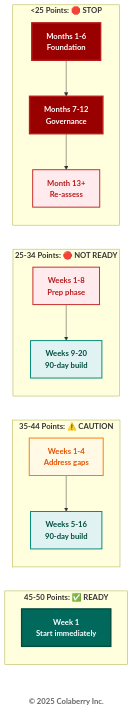
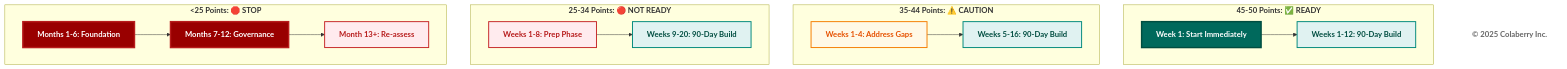
One commit to colaberry/enterprise-data-readiness-ai-agents changed the third of 18 diagrams in chapter-03/chapter_3_complete.md. Above: the diagram before and after it, drawn with Mermaid. The commit also changed other lines of this file, not shown here.

First line of the commit message:
diagrams restructured for visual and space efficiency

````diff
--- a/chapter-03/chapter_3_complete.md
+++ b/chapter-03/chapter_3_complete.md
@@ -654,41 +654,45 @@
 ```mermaid
-graph LR
-    subgraph "<b>45-50 Points: ✅ READY</b>"
-        R1["<b>Week 1</b><br/><b>Start immediately</b>"]
+graph TB
+    subgraph READY["<b>45-50 Points: ✅ READY</b>"]
+        R1["<b>Week 1: Start Immediately</b>"]
+        R2["<b>Weeks 1-12: 90-Day Build</b>"]
+        R1 --> R2
     end
     
-    subgraph "<b>35-44 Points: ⚠️ CAUTION</b>"
-        C1["<b>Weeks 1-4</b><br/><b>Address gaps</b>"]
-        C2["<b>Weeks 5-16</b><br/><b>90-day build</b>"]
+    subgraph CAUTION["<b>35-44 Points: ⚠️ CAUTION</b>"]
+        C1["<b>Weeks 1-4: Address Gaps</b>"]
+        C2["<b>Weeks 5-16: 90-Day Build</b>"]
         C1 --> C2
     end
     
-    subgraph "<b>25-34 Points: 🔴 NOT READY</b>"
-        N1["<b>Weeks 1-8</b><br/><b>Prep phase</b>"]
-        N2["<b>Weeks 9-20</b><br/><b>90-day build</b>"]
+    subgraph NOTREADY["<b>25-34 Points: 🔴 NOT READY</b>"]
+        N1["<b>Weeks 1-8: Prep Phase</b>"]
+        N2["<b>Weeks 9-20: 90-Day Build</b>"]
         N1 --> N2
     end
     
-    subgraph "<b><25 Points: 🛑 STOP</b>"
-        S1["<b>Months 1-6</b><br/><b>Foundation</b>"]
-        S2["<b>Months 7-12</b><br/><b>Governance</b>"]
-        S3["<b>Month 13+</b><br/><b>Re-assess</b>"]
-        S1 --> S2 --> S3
+    subgraph STOP["<b><25 Points: 🛑 STOP</b>"]
+        S1["<b>Months 1-6: Foundation</b>"]
+        S2["<b>Months 7-12: Governance</b>"]
+        S3["<b>Month 13+: Re-assess</b>"]
+        S1 --> S2
+        S2 --> S3
     end
     
     Copyright["<b>© 2025 Colaberry Inc.</b>"]
     
     style R1 fill:#00695c,color:#ffffff,stroke:#004d40,stroke-width:3px
+    style R2 fill:#e0f2f1,stroke:#00897b,stroke-width:2px,color:#004d40
     
     style C1 fill:#fff9e6,stroke:#f57c00,stroke-width:2px,color:#e65100
     style C2 fill:#e0f2f1,stroke:#00897b,stroke-width:2px,color:#004d40
     
     style N1 fill:#ffebee,stroke:#c62828,stroke-width:2px,color:#b71c1c
     style N2 fill:#e0f2f1,stroke:#00897b,stroke-width:2px,color:#004d40
     
     style S1 fill:#990000,color:#ffffff,stroke:#b71c1c,stroke-width:3px
     style S2 fill:#990000,color:#ffffff,stroke:#b71c1c,stroke-width:3px
     style S3 fill:#ffebee,stroke:#c62828,stroke-width:2px,color:#b71c1c
     
     style Copyright fill:#ffffff,stroke:none,color:#666666
 ```
````
